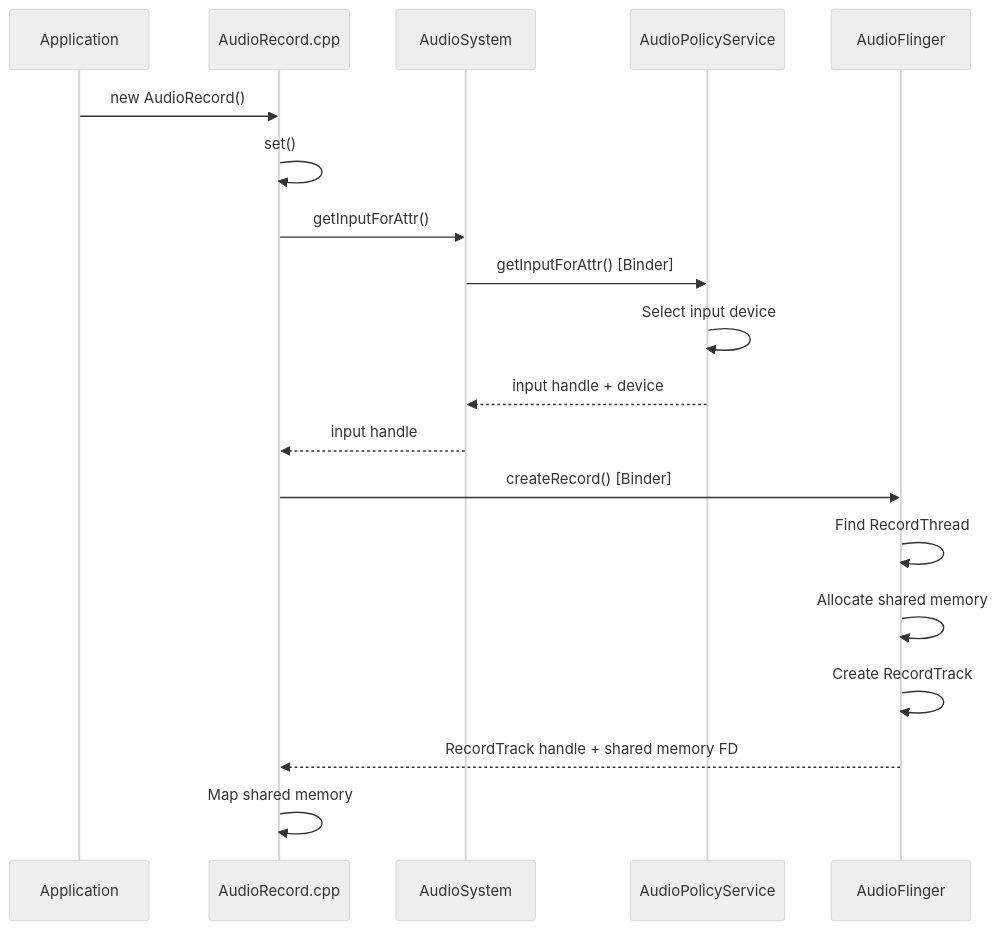
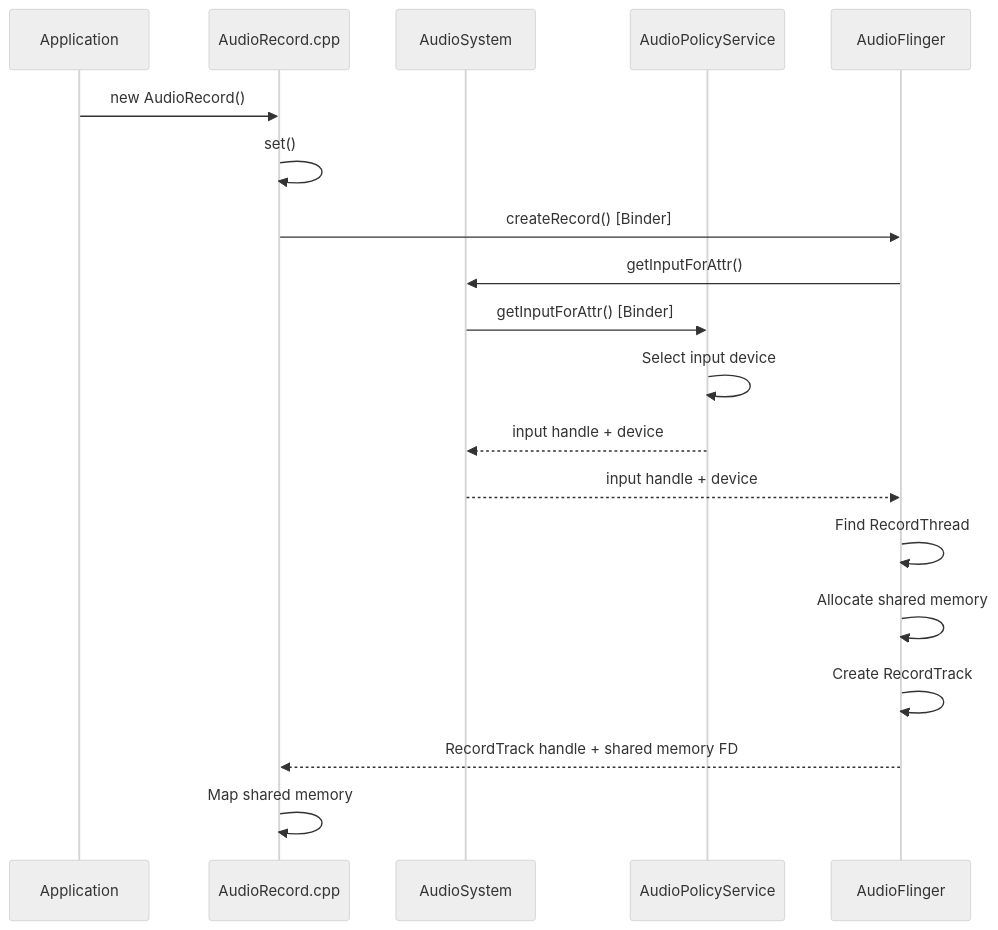
Before and after one commit to aospbooks/aosp-internal-book: diagram 20 of 26 in 15-audio-system.md, drawn with Mermaid (neutral theme). The commit also changed other lines of this file and 218 other files, not shown here.

````diff
--- a/15-audio-system.md
+++ b/15-audio-system.md
@@ -4093,22 +4155,22 @@
 ```mermaid
 sequenceDiagram
     participant App as Application
     participant Native as AudioRecord.cpp
     participant AS as AudioSystem
     participant APS as AudioPolicyService
     participant AF as AudioFlinger
 
     App->>Native: new AudioRecord()
     Native->>Native: set()
-    Native->>AS: getInputForAttr()
+    Native->>AF: createRecord() [Binder]
+    AF->>AS: getInputForAttr()
     AS->>APS: getInputForAttr() [Binder]
     APS->>APS: Select input device
     APS-->>AS: input handle + device
-    AS-->>Native: input handle
-    Native->>AF: createRecord() [Binder]
+    AS-->>AF: input handle + device
     AF->>AF: Find RecordThread
     AF->>AF: Allocate shared memory
     AF->>AF: Create RecordTrack
     AF-->>Native: RecordTrack handle + shared memory FD
     Native->>Native: Map shared memory
 ```
````
